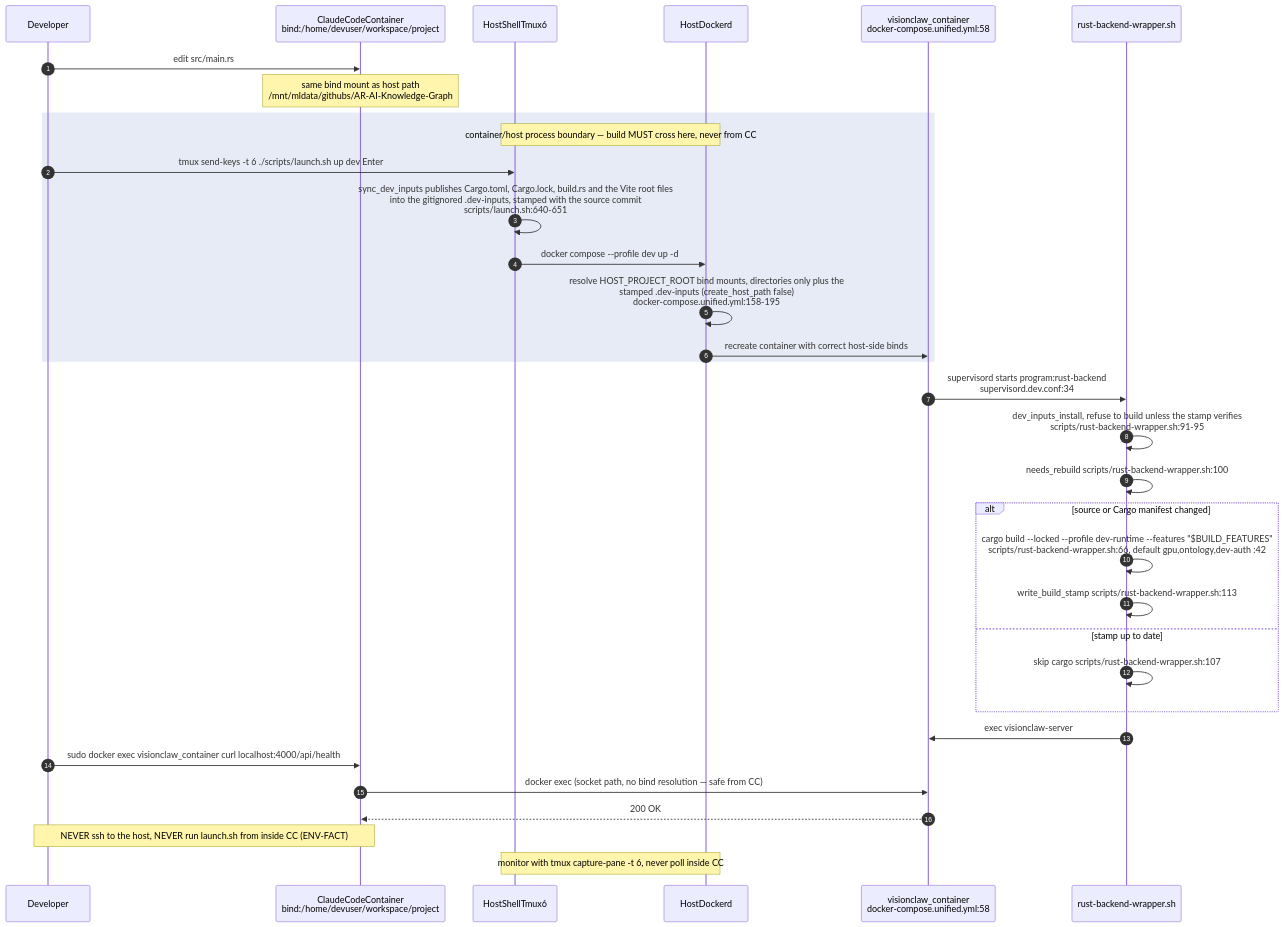
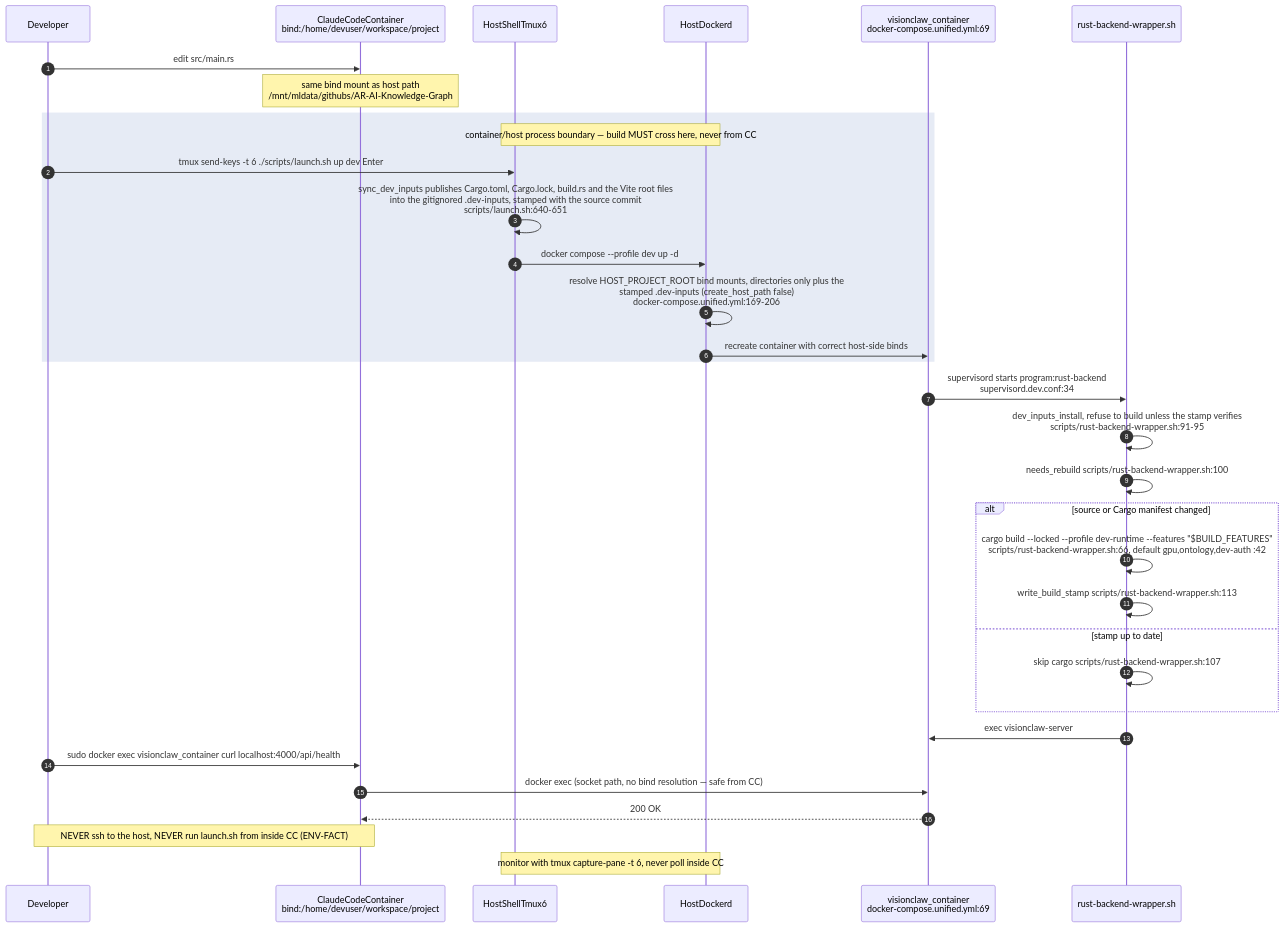
Before and after one commit to DreamLab-AI/VisionFlow: the second of 24 diagrams in docs/diagrams/estate/09-build-deploy-and-ci-estate.md, drawn with Mermaid. The commit also changed other lines of this file and 142 other files, not shown here.

First line of the commit message:
docs(diagrams): one System One route; re-verify 140 topics at today's heads

````diff
--- a/docs/diagrams/estate/09-build-deploy-and-ci-estate.md
+++ b/docs/diagrams/estate/09-build-deploy-and-ci-estate.md
@@ -125,36 +125,36 @@
 ```mermaid
 sequenceDiagram
     autonumber
     participant Dev as Developer
     participant CC as ClaudeCodeContainer<br/>bind:/home/devuser/workspace/project
     participant T6 as HostShellTmux6
     participant DD as HostDockerd
-    participant DC as visionclaw_container<br/>docker-compose.unified.yml:58
+    participant DC as visionclaw_container<br/>docker-compose.unified.yml:69
     participant W as rust-backend-wrapper.sh
 
     Dev->>CC: edit src/main.rs
     Note over CC: same bind mount as host path<br/>/mnt/mldata/githubs/AR-AI-Knowledge-Graph
     rect rgb(230,235,245)
     Note over T6,DD: container/host process boundary — build MUST cross here, never from CC
     Dev->>T6: tmux send-keys -t 6 ./scripts/launch.sh up dev Enter
     T6->>T6: sync_dev_inputs publishes Cargo.toml, Cargo.lock, build.rs and the Vite root files<br/>into the gitignored .dev-inputs, stamped with the source commit<br/>scripts/launch.sh:640-651
     T6->>DD: docker compose --profile dev up -d
-    DD->>DD: resolve HOST_PROJECT_ROOT bind mounts, directories only plus the<br/>stamped .dev-inputs (create_host_path false)<br/>docker-compose.unified.yml:158-195
+    DD->>DD: resolve HOST_PROJECT_ROOT bind mounts, directories only plus the<br/>stamped .dev-inputs (create_host_path false)<br/>docker-compose.unified.yml:169-206
     DD->>DC: recreate container with correct host-side binds
     end
     DC->>W: supervisord starts program:rust-backend<br/>supervisord.dev.conf:34
     W->>W: dev_inputs_install, refuse to build unless the stamp verifies<br/>scripts/rust-backend-wrapper.sh:91-95
     W->>W: needs_rebuild scripts/rust-backend-wrapper.sh:100
     alt source or Cargo manifest changed
         W->>W: cargo build --locked --profile dev-runtime --features "$BUILD_FEATURES"<br/>scripts/rust-backend-wrapper.sh:66, default gpu,ontology,dev-auth :42
         W->>W: write_build_stamp scripts/rust-backend-wrapper.sh:113
     else stamp up to date
         W->>W: skip cargo scripts/rust-backend-wrapper.sh:107
     end
     W->>DC: exec visionclaw-server
     Dev->>CC: sudo docker exec visionclaw_container curl localhost:4000/api/health
     CC->>DC: docker exec (socket path, no bind resolution — safe from CC)
     DC-->>CC: 200 OK
     Note over Dev,CC: NEVER ssh to the host, NEVER run launch.sh from inside CC (ENV-FACT)
     Note over T6,DD: monitor with tmux capture-pane -t 6, never poll inside CC
 ```
````
